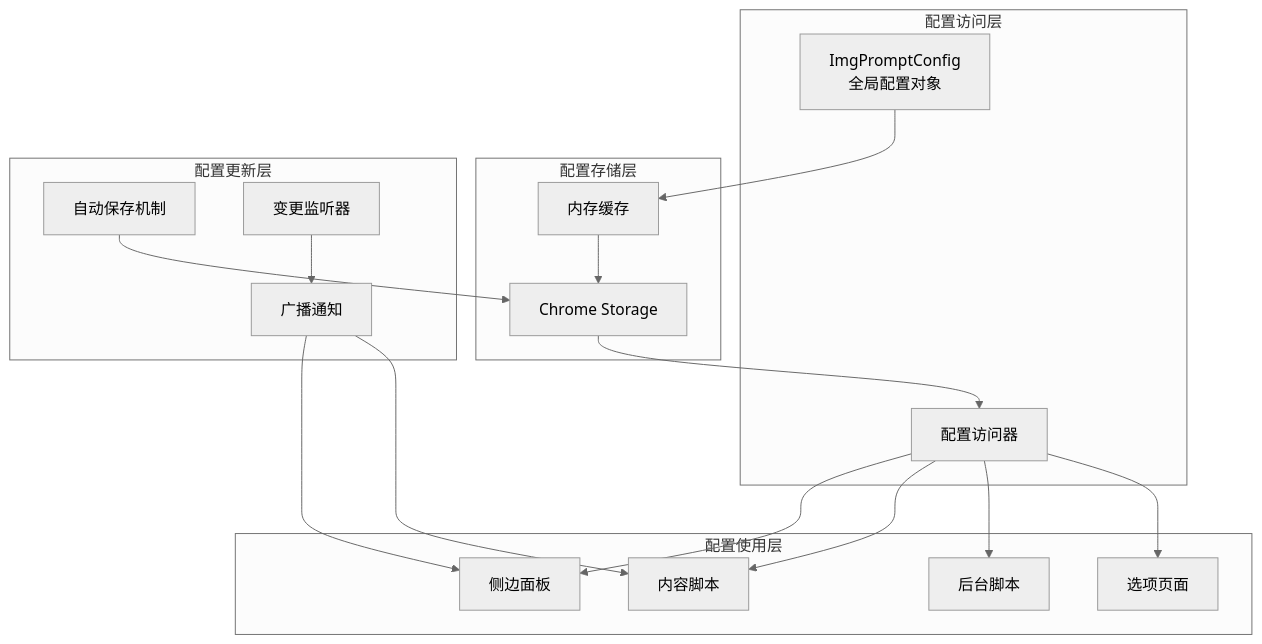
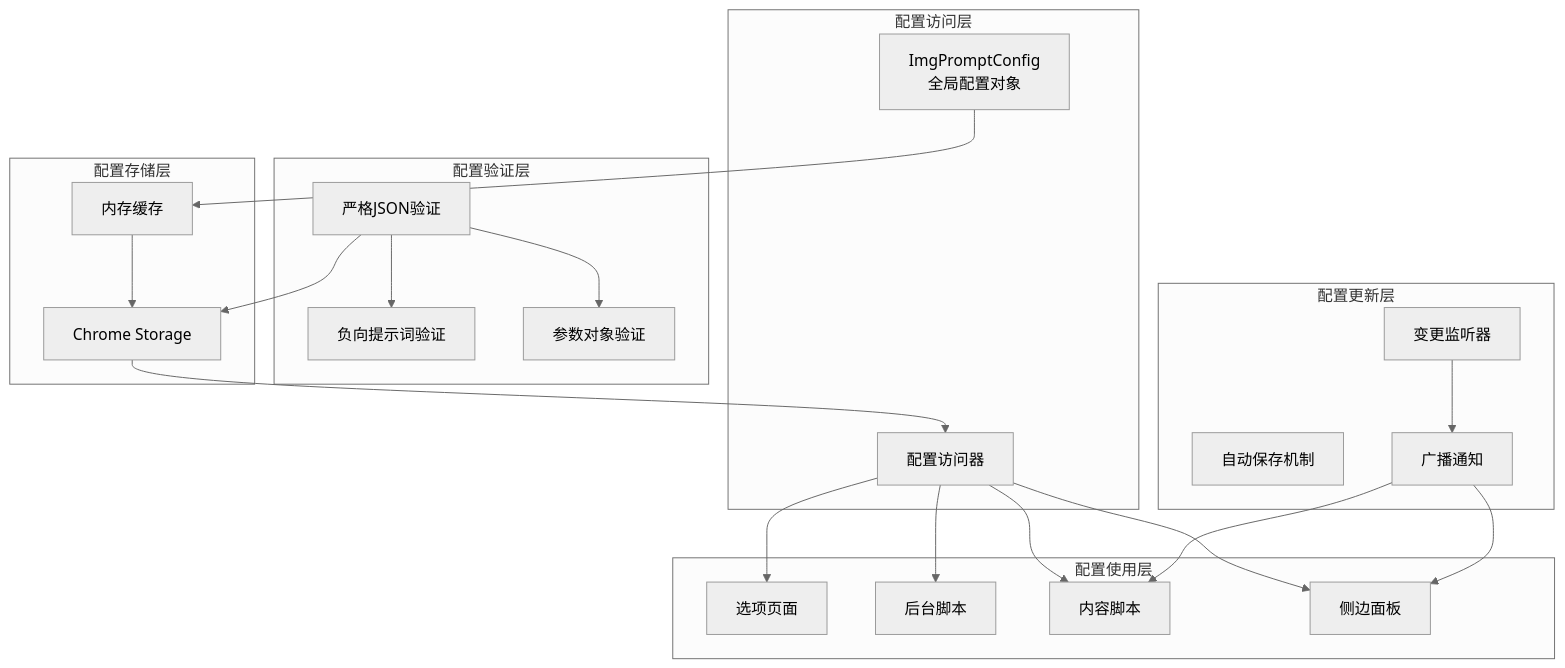
One commit to binasi/Img2Prompt changed the third of 11 diagrams in .qoder/repowiki/zh/content/技术架构/核心模块分析/配置管理模块 (config.js).md. Above: the diagram before and after it, drawn with Mermaid (neutral theme). The commit also changed other lines of this file and 8 other files, not shown here.

````diff
--- a/.qoder/repowiki/zh/content/技术架构/核心模块分析/配置管理模块 (config.js).md
+++ b/.qoder/repowiki/zh/content/技术架构/核心模块分析/配置管理模块 (config.js).md
@@ -192,33 +216,40 @@
 ```mermaid
 graph TB
 subgraph "配置访问层"
 Global[ImgPromptConfig<br/>全局配置对象]
 Access[配置访问器]
 end
 subgraph "配置存储层"
 Memory[内存缓存]
 Storage[Chrome Storage]
+end
+subgraph "配置验证层"
+StrictJSON[严格JSON验证]
+NegativePrompt[负向提示词验证]
+Parameters[参数对象验证]
 end
 subgraph "配置更新层"
 AutoSave[自动保存机制]
 ChangeListener[变更监听器]
 Broadcast[广播通知]
 end
 subgraph "配置使用层"
 Options[选项页面]
 Background[后台脚本]
 Content[内容脚本]
 Panel[侧边面板]
 end
 Global --> Memory
 Memory --> Storage
 Storage --> Access
 Access --> Options
 Access --> Background
 Access --> Content
 Access --> Panel
-AutoSave --> Storage
+StrictJSON --> NegativePrompt
+StrictJSON --> Parameters
+StrictJSON --> Storage
 ChangeListener --> Broadcast
 Broadcast --> Content
 Broadcast --> Panel
 ```
````
